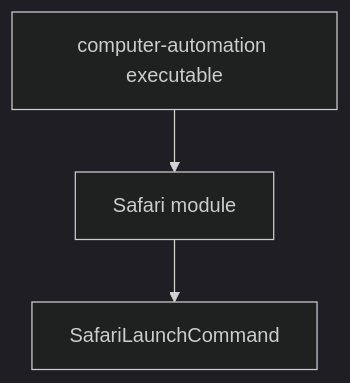
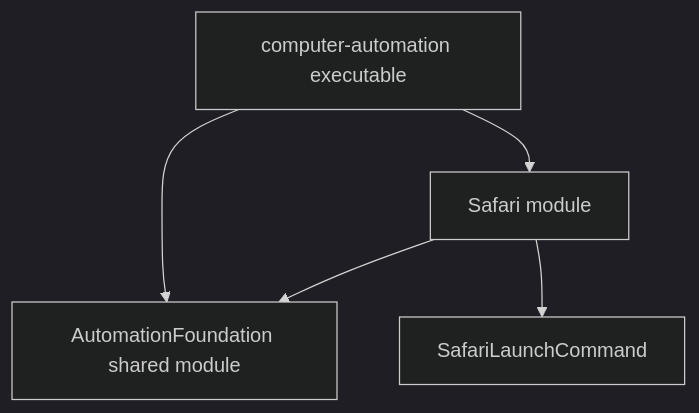
The diagram in docs/architecture.md (Glutexo/computer-automation), drawn with Mermaid (dark theme) before and after one commit. The commit also changed other lines of this file and 13 other files, not shown here.

````diff
--- a/docs/architecture.md
+++ b/docs/architecture.md
@@ -5,9 +5,12 @@
 ```mermaid
 flowchart TD
     App["computer-automation executable"]
+    Foundation["AutomationFoundation shared module"]
     Safari["Safari module"]
     Launch["SafariLaunchCommand"]
 
+    App --> Foundation
     App --> Safari
+    Safari --> Foundation
     Safari --> Launch
 ```
````
